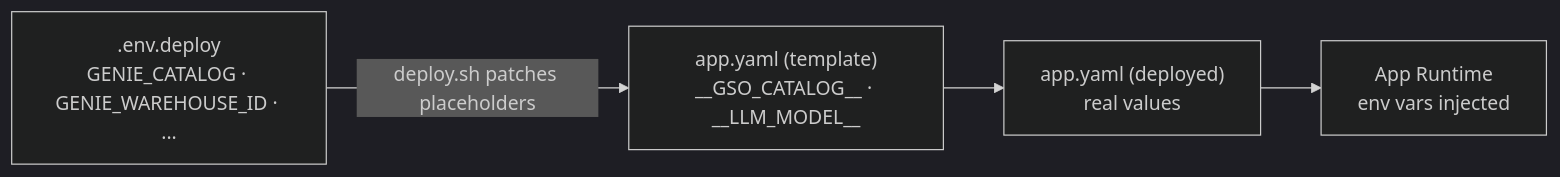
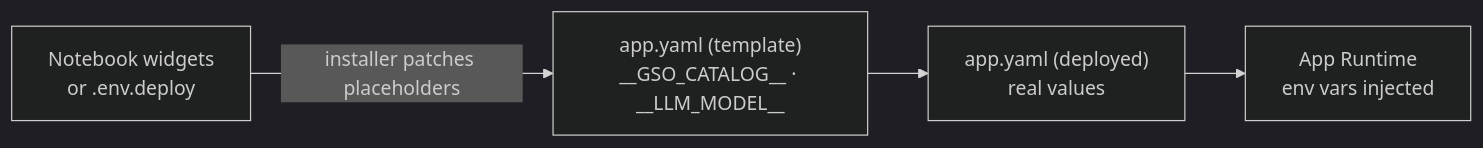
Before and after one commit to databricks-solutions/databricks-genie-workbench: the diagram in docs/docs/reference/environment-variables.md, drawn with Mermaid (dark theme). The commit also changed other lines of this file and 1068 other files, not shown here.

First line of the commit message:
GSO optimizer-v2: engine rewrite + Genie Agent rename (#315)

````diff
--- a/docs/docs/reference/environment-variables.md
+++ b/docs/docs/reference/environment-variables.md
@@ -77,6 +78,6 @@
 ```mermaid
 flowchart LR
-    env[".env.deploy<br/>GENIE_CATALOG · GENIE_WAREHOUSE_ID · ..."] -->|"deploy.sh patches placeholders"| tmpl["app.yaml (template)<br/>__GSO_CATALOG__ · __LLM_MODEL__"]
+    src["Notebook widgets<br/>or .env.deploy"] -->|"installer patches placeholders"| tmpl["app.yaml (template)<br/>__GSO_CATALOG__ · __LLM_MODEL__"]
     tmpl --> deployed["app.yaml (deployed)<br/>real values"]
     deployed --> runtime["App Runtime<br/>env vars injected"]
 ```
````
